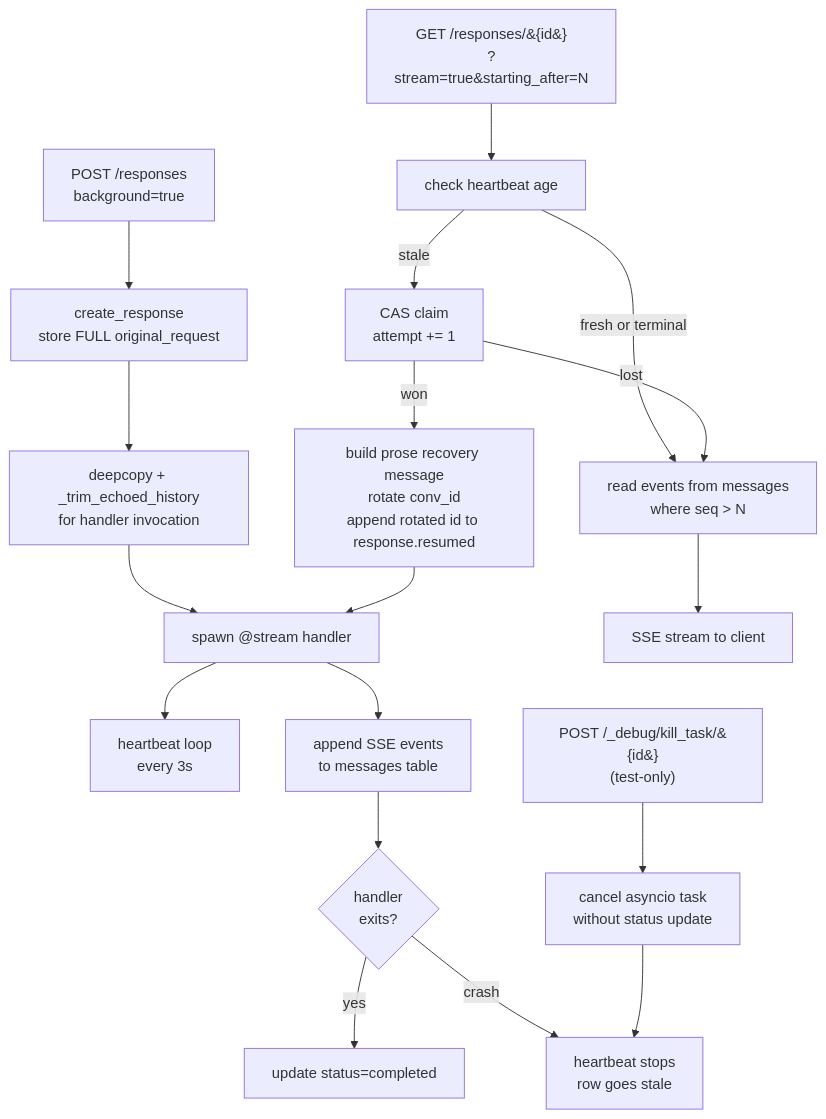
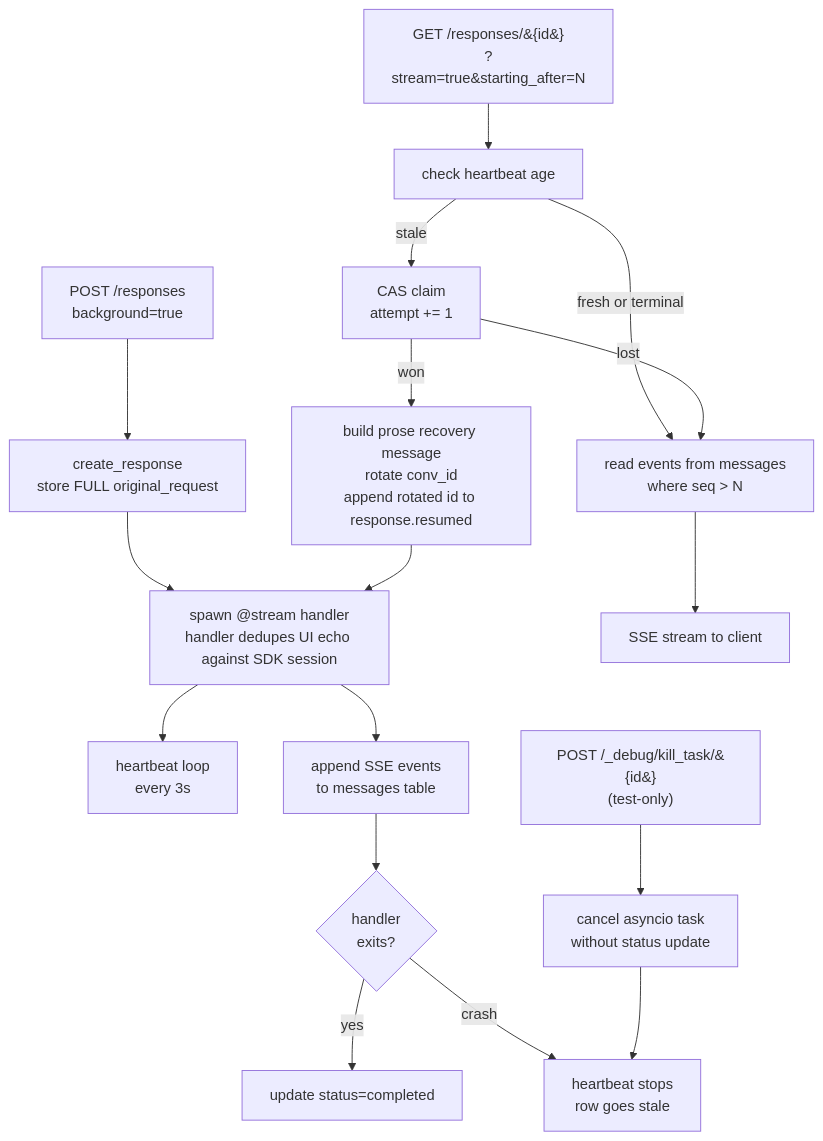
Before and after one commit to databricks/databricks-ai-bridge: the fifth of 9 diagrams in src/databricks_ai_bridge/long_running/AGENTS.md, drawn with Mermaid. The commit also changed other lines of this file and 2 other files, not shown here.

First line of the commit message:
Move UI-echo dedup out of bridge; per-template handlers do it

````diff
--- a/src/databricks_ai_bridge/long_running/AGENTS.md
+++ b/src/databricks_ai_bridge/long_running/AGENTS.md
@@ -208,22 +208,21 @@
 ```mermaid
 flowchart TD
     POST["POST /responses<br/>background=true"] --> CR[create_response<br/>store FULL original_request]
-    CR --> TRIM[deepcopy + _trim_echoed_history<br/>for handler invocation]
-    TRIM --> SPAWN[spawn @stream handler]
+    CR --> SPAWN[spawn @stream handler<br/>handler dedupes UI echo against SDK session]
     SPAWN --> HB[heartbeat loop<br/>every 3s]
     SPAWN --> EMIT[append SSE events<br/>to messages table]
     EMIT --> DONE{handler<br/>exits?}
     DONE -- yes --> COMPLETE[update status=completed]
     DONE -- crash --> STALE[heartbeat stops<br/>row goes stale]
 
     GET["GET /responses/&#123;id&#125;<br/>?stream=true&starting_after=N"] --> CHECK[check heartbeat age]
     CHECK -->|fresh or terminal| READ[read events from messages<br/>where seq > N]
     CHECK -->|stale| CLAIM[CAS claim<br/>attempt += 1]
     CLAIM -->|won| BUILD[build prose recovery message<br/>rotate conv_id<br/>append rotated id to response.resumed]
     CLAIM -->|lost| READ
     BUILD --> SPAWN
     READ --> STREAM[SSE stream to client]
 
     KILL["POST /_debug/kill_task/&#123;id&#125;<br/>(test-only)"] --> CANCEL[cancel asyncio task<br/>without status update]
     CANCEL --> STALE
 ```
````
